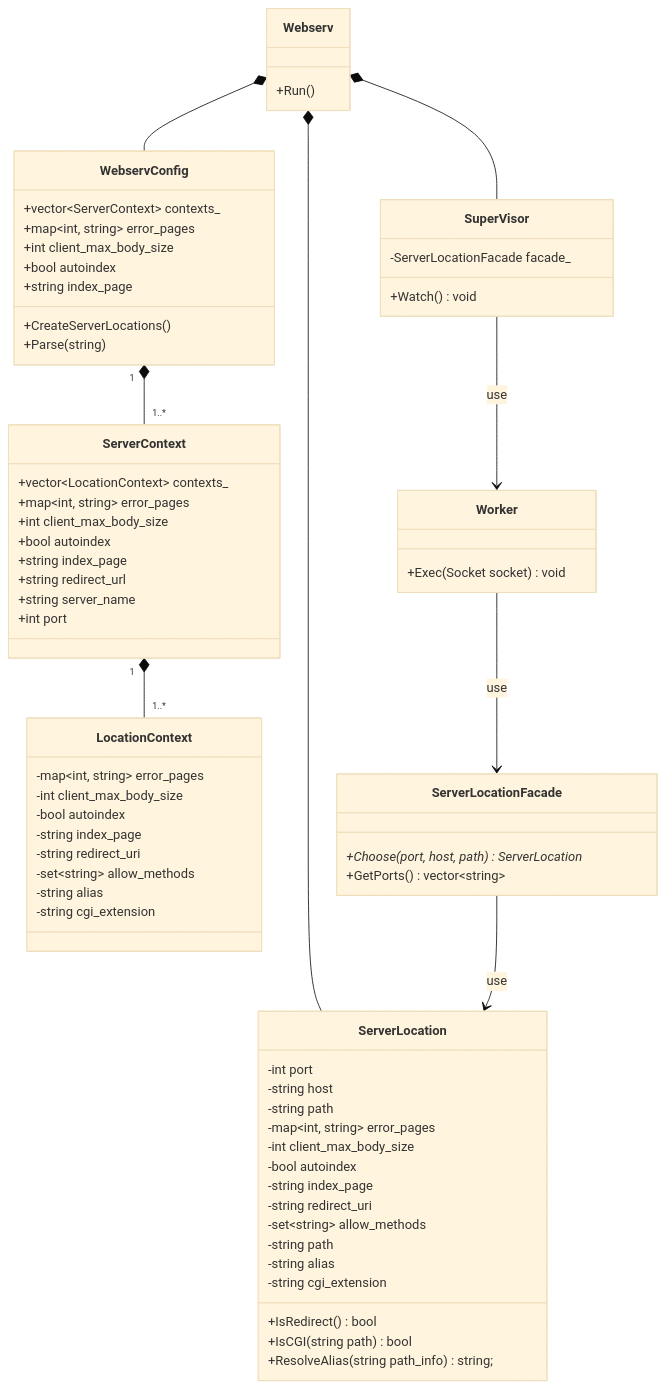
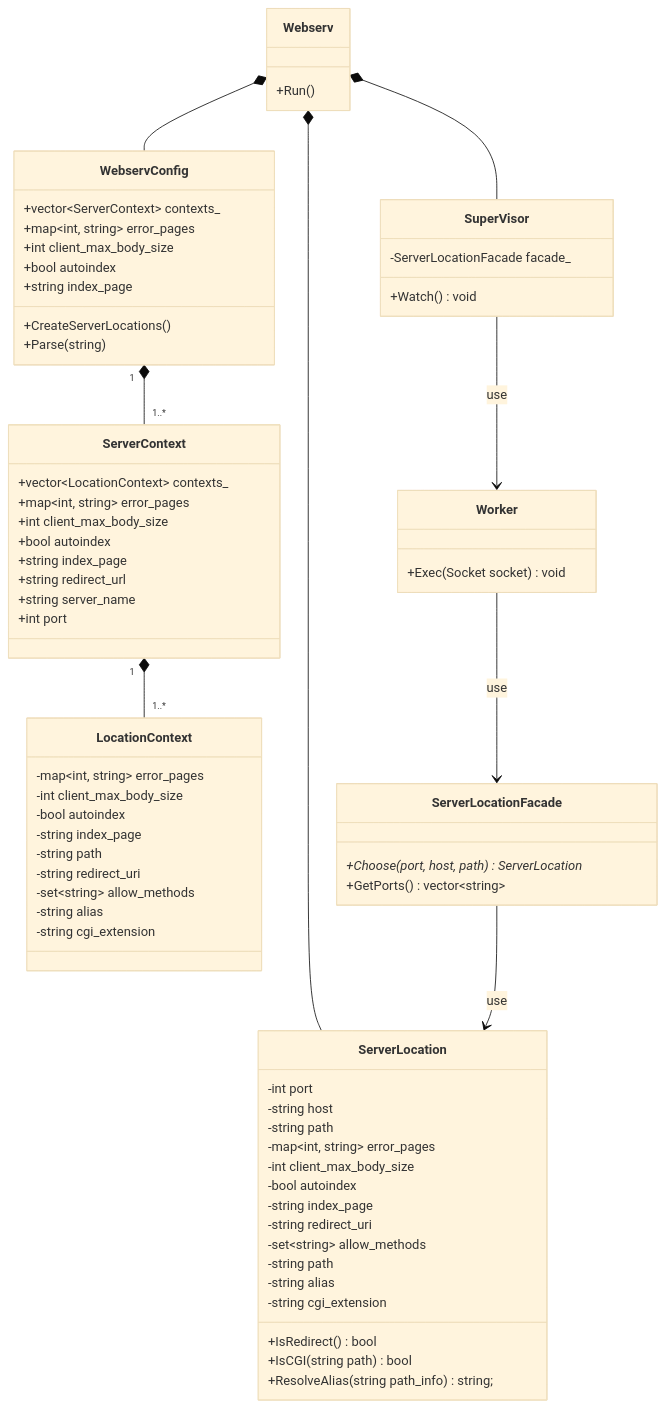
One commit to katataku/webserv changed the diagram in docs/class/config_class.md. Above: the diagram before and after it, drawn with Mermaid (base theme). The commit also changed 23 other files, not shown here.

```diff
--- a/docs/class/config_class.md
+++ b/docs/class/config_class.md
@@ -36,6 +36,7 @@
         -int client_max_body_size
         -bool autoindex
         -string index_page
+        -string path
         -string redirect_uri
         -set~string~ allow_methods
         -string alias
```
